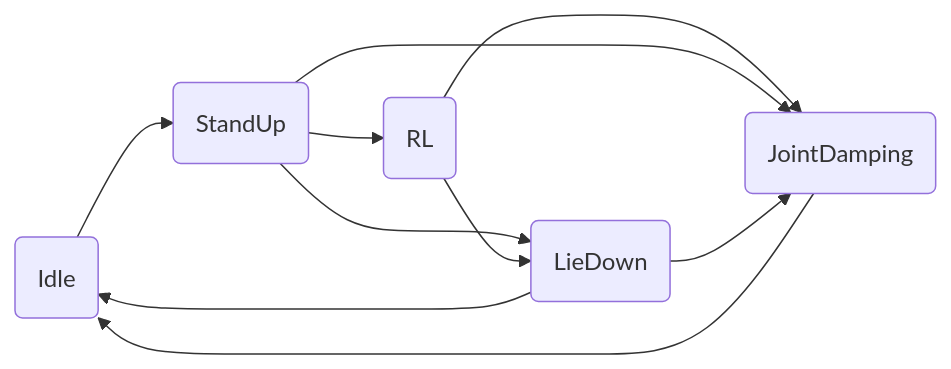
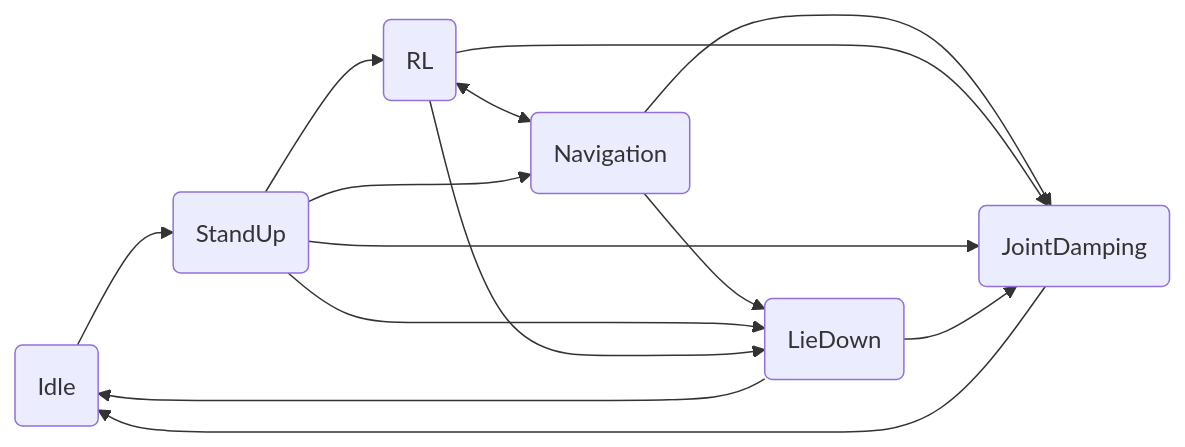
The first of 3 diagrams in README.md (shuimujieming/Lite3_deploy), drawn with Mermaid before and after one commit. The commit also changed other lines of this file and 68 other files, not shown here.

````diff
--- a/README.md
+++ b/README.md
@@ -149,12 +202,16 @@
 ```mermaid
 graph LR
 A(Idle) -->B(StandUp) --> C(RL) 
+C<-->N(Navigation)
+B-->N
+N-->D
+N-->E
 C-->D(JointDamping)
 B-->D
 B-->E(LieDown)
 C-->E
 E-->A
 E-->D
 D-->A
 
 ```
````
